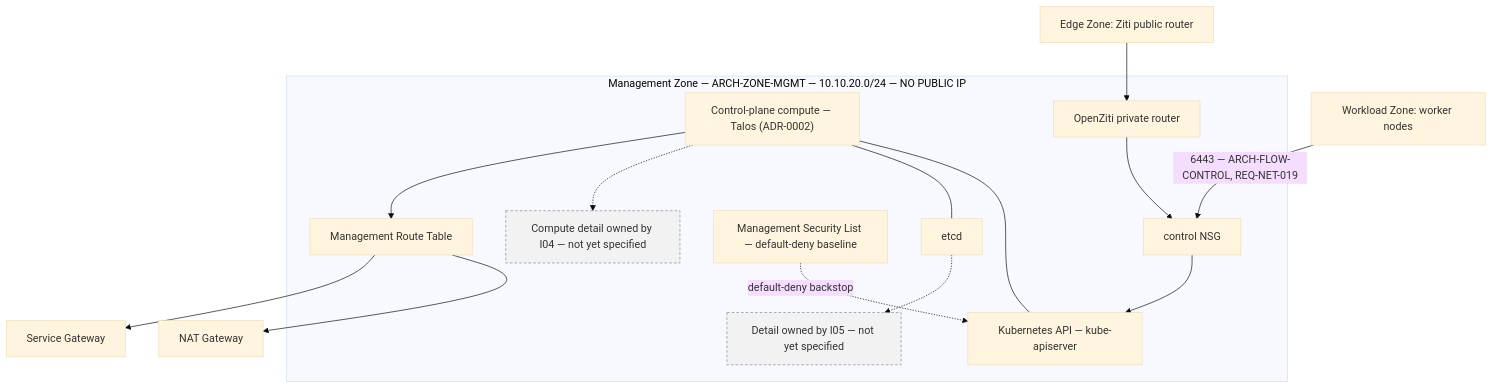
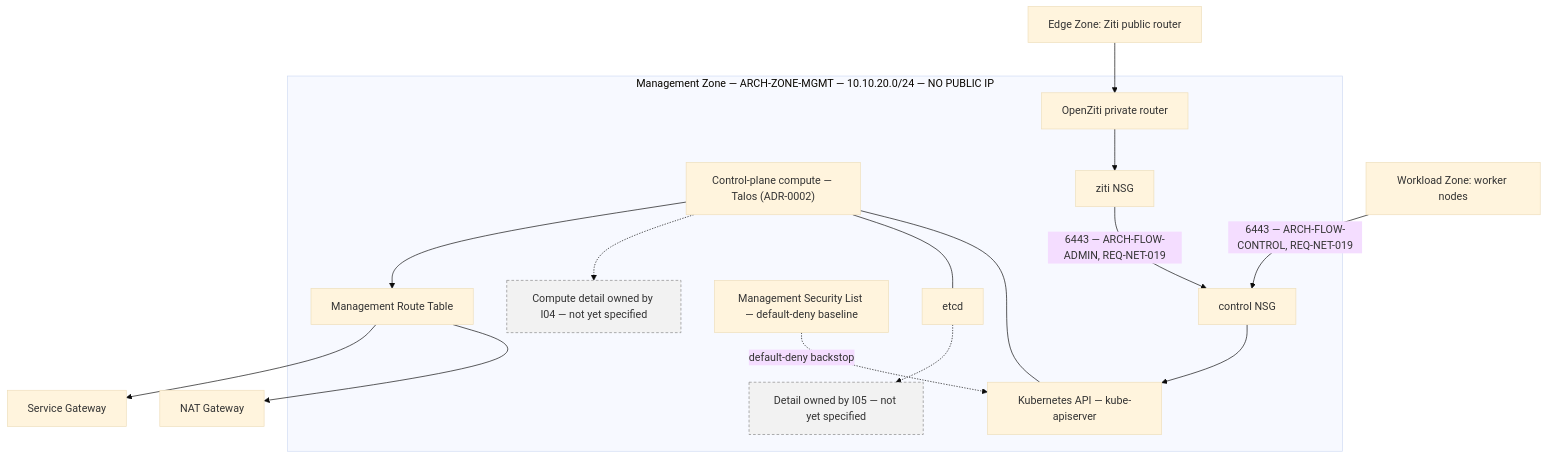
The diagram in docs/01-architecture/network/management-zone.mmd (guillermolam/oracle-free-tier-platform), drawn with Mermaid (base theme) before and after one commit. The commit also changed 5 other files, not shown here.

```diff
--- a/docs/01-architecture/network/management-zone.mmd
+++ b/docs/01-architecture/network/management-zone.mmd
@@ -1,35 +1,37 @@
 %% VIEW-NET-MANAGEMENT — L3 Management Zone detail
 %% Question: how is the Management trust zone configured?
 %% Governing: SPEC-NET-001, SPEC-NET-003, SPEC-NET-004 (REQ-NET-019), ADR-0002, ADR-0003
 %% Compute/etcd internals belong to I04/I05 and are marked unspecified, not
 %% invented — this view only asserts what the network layer (M1) establishes.
 flowchart TB
   subgraph MGMT["Management Zone — ARCH-ZONE-MGMT — 10.10.20.0/24 — NO PUBLIC IP"]
     CP["Control-plane compute — Talos (ADR-0002)"]
     CP_NOTE["Compute detail owned by I04 — not yet specified"]
     API["Kubernetes API — kube-apiserver"]
     ETCD["etcd"]
     ETCD_NOTE["Detail owned by I05 — not yet specified"]
     ZITI_PRIV["OpenZiti private router"]
     MGMT_SL["Management Security List — default-deny baseline"]
+    NSG_ZITI["ziti NSG"]
     NSG_CONTROL["control NSG"]
     MGMT_RT["Management Route Table"]
   end
 
   ZITI_EDGE["Edge Zone: Ziti public router"]
   WORKLOAD["Workload Zone: worker nodes"]
   NAT["NAT Gateway"]
   SGW["Service Gateway"]
 
-  ZITI_EDGE --> ZITI_PRIV --> NSG_CONTROL --> API
+  ZITI_EDGE --> ZITI_PRIV --> NSG_ZITI
+  NSG_ZITI -->|"6443 — ARCH-FLOW-ADMIN, REQ-NET-019"| NSG_CONTROL --> API
   CP --- API
   CP --- ETCD
   CP -.-> CP_NOTE
   ETCD -.-> ETCD_NOTE
   WORKLOAD -->|"6443 — ARCH-FLOW-CONTROL, REQ-NET-019"| NSG_CONTROL
   CP --> MGMT_RT --> NAT
   MGMT_RT --> SGW
   MGMT_SL -.->|"default-deny backstop"| API
 
   classDef unspecified fill:#f2f2f2,stroke:#888,stroke-dasharray: 4 3;
   class CP_NOTE,ETCD_NOTE unspecified;
```
